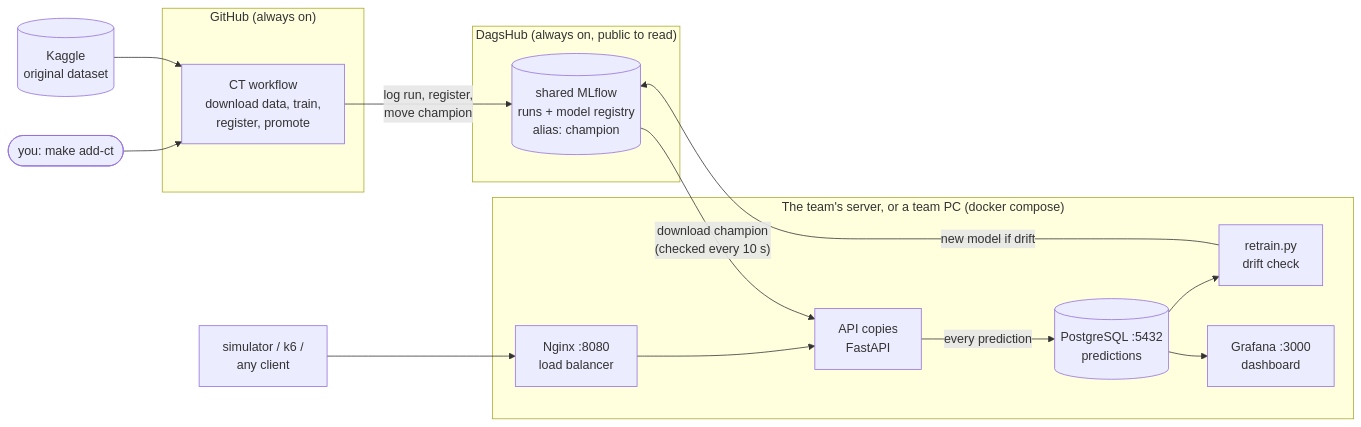
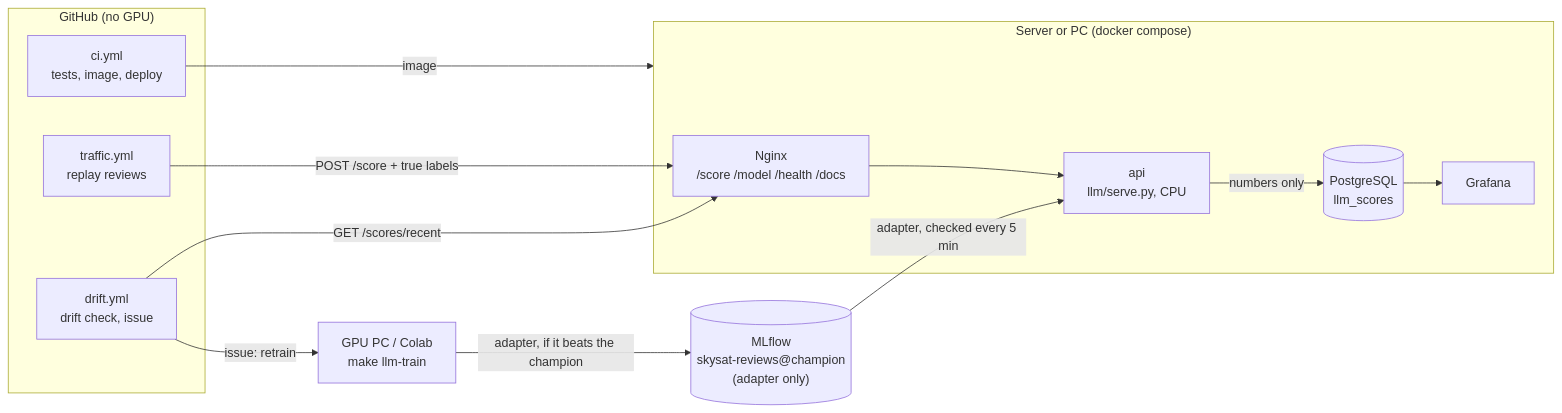
The diagram in docs/architecture.md (deensza/skysat-mlops), drawn with Mermaid before and after one commit. The commit also changed other lines of this file and 78 other files, not shown here.

First line of the commit message:
Replace the tabular model with one LLM: Qwen2.5-1.5B + LoRA reads an airline review (score /10, recommended, complaint)

````diff
--- a/docs/architecture.md
+++ b/docs/architecture.md
@@ -17,29 +14,23 @@
 ```mermaid
 flowchart LR
-    subgraph GH["GitHub (always on)"]
-        ct["CT workflow<br/>download data, train,<br/>register, promote"]
+    gpu["GPU PC / Colab<br/>make llm-train"]
+    subgraph GH["GitHub (no GPU)"]
+        ci["ci.yml<br/>tests, image, deploy"]
+        traffic["traffic.yml<br/>replay reviews"]
+        drift["drift.yml<br/>drift check, issue"]
     end
-    subgraph DH["DagsHub (always on, public to read)"]
-        mlflow[("shared MLflow<br/>runs + model registry<br/>alias: champion")]
+    mlflow[("MLflow<br/>skysat-reviews@champion<br/>(adapter only)")]
+    subgraph SRV["Server or PC (docker compose)"]
+        nginx["Nginx<br/>/score /model /health /docs"]
+        api["api<br/>llm/serve.py, CPU"]
+        pg[("PostgreSQL<br/>llm_scores")]
+        grafana["Grafana"]
     end
-    subgraph PC["The team's server, or a team PC (docker compose)"]
-        api["API copies<br/>FastAPI"]
-        nginx["Nginx :8080<br/>load balancer"]
-        pg[("PostgreSQL :5432<br/>predictions")]
-        grafana["Grafana :3000<br/>dashboard"]
-        retrain["retrain.py<br/>drift check"]
-    end
-    kaggle[("Kaggle<br/>original dataset")]
-    you(["you: make add-ct"])
-    users["simulator / k6 /<br/>any client"]
-
-    you --> ct
-    kaggle --> ct
-    ct -- "log run, register,<br/>move champion" --> mlflow
-    mlflow -- "download champion<br/>(checked every 10 s)" --> api
-    users --> nginx --> api
-    api -- "every prediction" --> pg
-    pg --> grafana
-    pg --> retrain
-    retrain -- "new model if drift" --> mlflow
+    gpu -- "adapter, if it beats the champion" --> mlflow
+    mlflow -- "adapter, checked every 5 min" --> api
+    traffic -- "POST /score + true labels" --> nginx --> api
+    api -- "numbers only" --> pg --> grafana
+    drift -- "GET /scores/recent" --> nginx
+    drift -- "issue: retrain" --> gpu
+    ci -- "image" --> SRV
 ```
````
